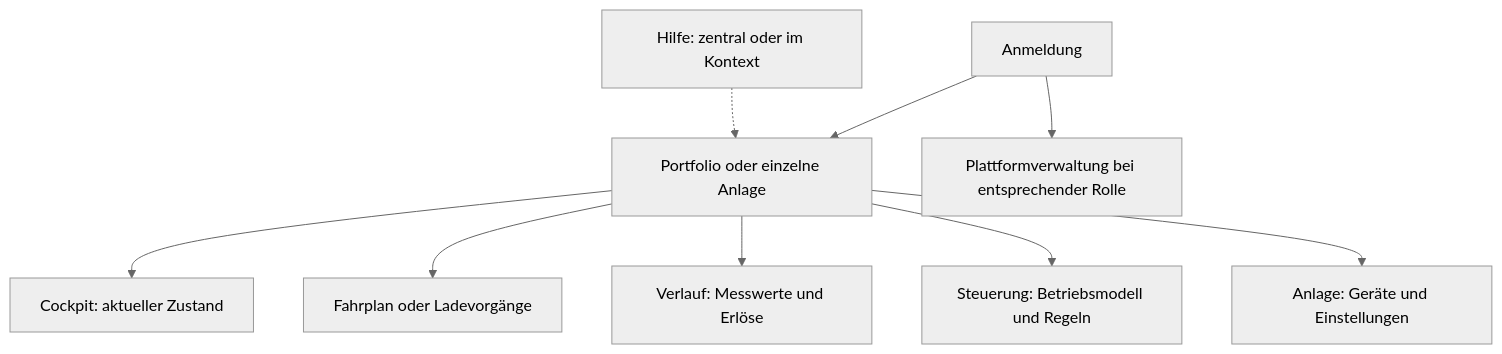
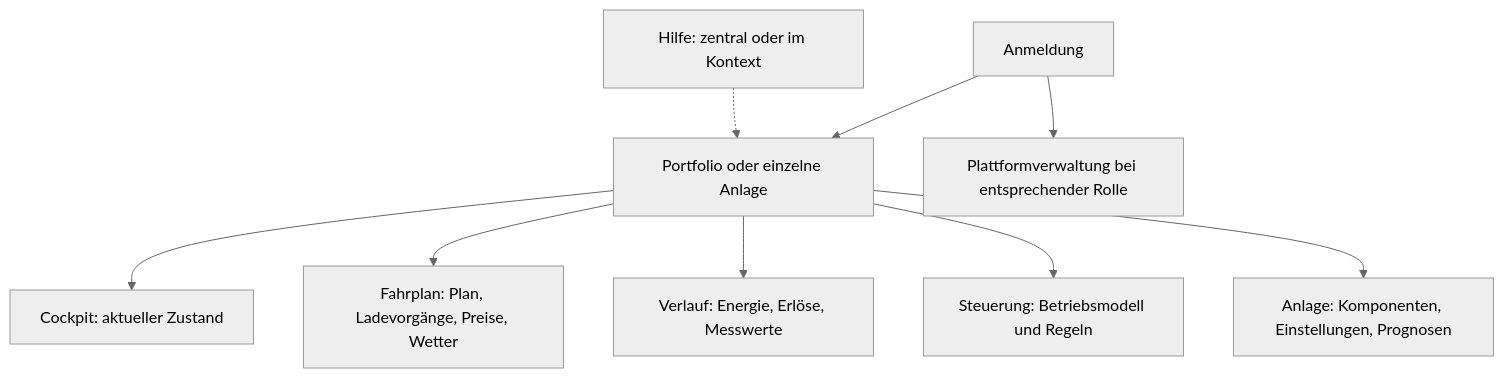
The diagram in docs/portal.md (Rayleigh3105/voltpilot-ems), drawn with Mermaid (neutral theme) before and after one commit. The commit also changed other lines of this file and 40 other files, not shown here.

````diff
--- a/docs/portal.md
+++ b/docs/portal.md
@@ -9,11 +9,11 @@
 ```mermaid
 flowchart TD
     Login["Anmeldung"] --> Auswahl["Portfolio oder einzelne Anlage"]
     Auswahl --> Cockpit["Cockpit: aktueller Zustand"]
-    Auswahl --> Plan["Fahrplan oder Ladevorgänge"]
-    Auswahl --> Verlauf["Verlauf: Messwerte und Erlöse"]
+    Auswahl --> Plan["Fahrplan: Plan, Ladevorgänge, Preise, Wetter"]
+    Auswahl --> Verlauf["Verlauf: Energie, Erlöse, Messwerte"]
     Auswahl --> Steuerung["Steuerung: Betriebsmodell und Regeln"]
-    Auswahl --> Anlage["Anlage: Geräte und Einstellungen"]
+    Auswahl --> Anlage["Anlage: Komponenten, Einstellungen, Prognosen"]
     Login --> Admin["Plattformverwaltung bei entsprechender Rolle"]
     Hilfe["Hilfe: zentral oder im Kontext"] -.-> Auswahl
 ```
````
